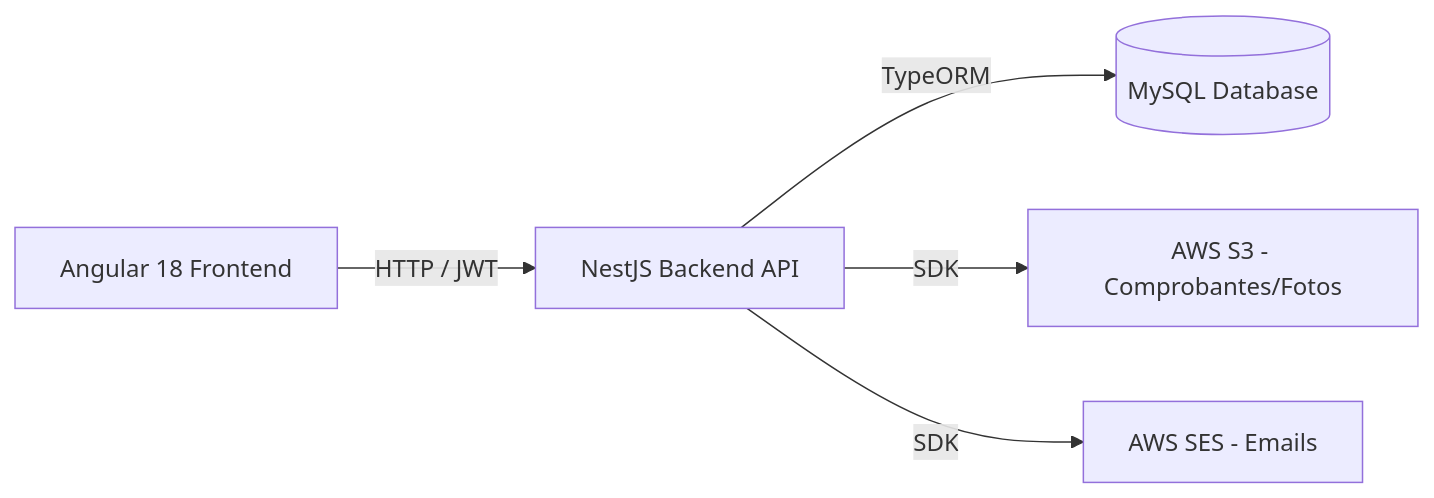
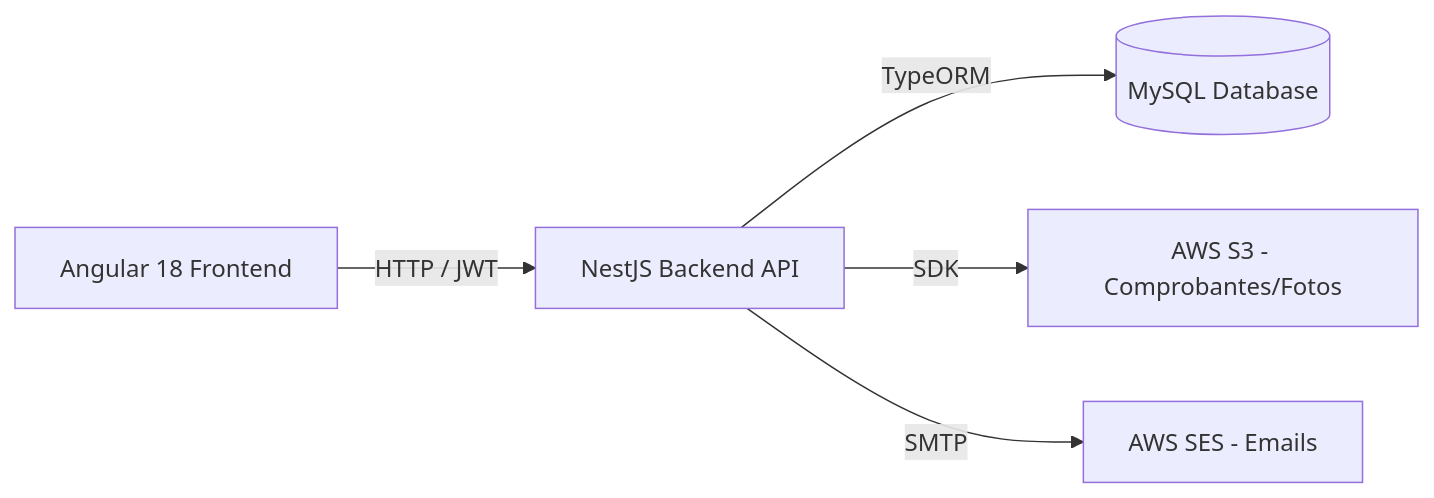
One commit to fuentesbusco/enap-booking-platform changed the diagram in design.md. Above: the diagram before and after it, drawn with Mermaid. The commit also changed 9 other files, not shown here.

````diff
--- a/design.md
+++ b/design.md
@@ -11,7 +11,7 @@
 ```mermaid
 graph LR
     A[Angular 18 Frontend] -- HTTP / JWT --> B[NestJS Backend API]
     B -- TypeORM --> C[(MySQL Database)]
     B -- SDK --> D[AWS S3 - Comprobantes/Fotos]
-    B -- SDK --> E[AWS SES - Emails]
+    B -- SMTP --> E[AWS SES - Emails]
 ```
````
